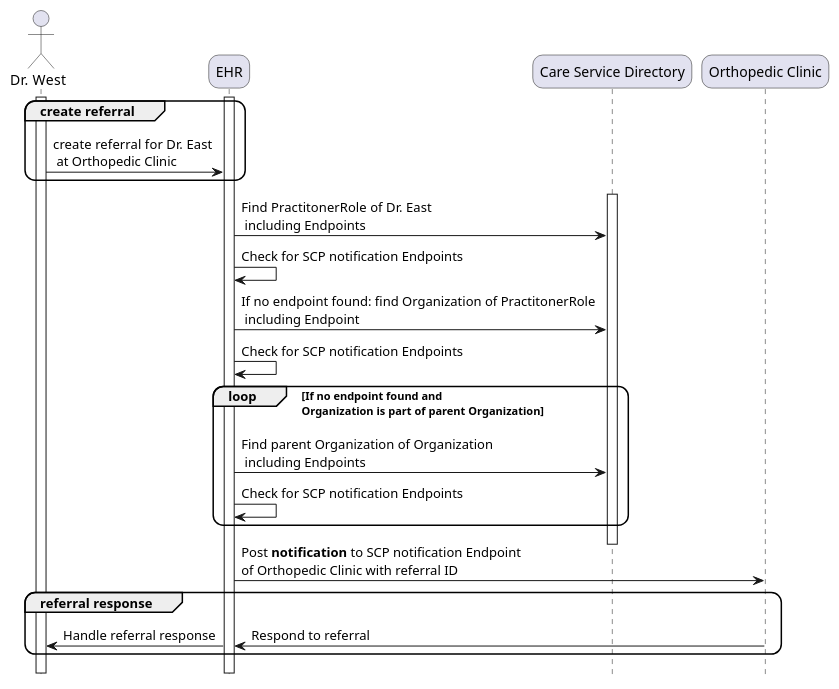
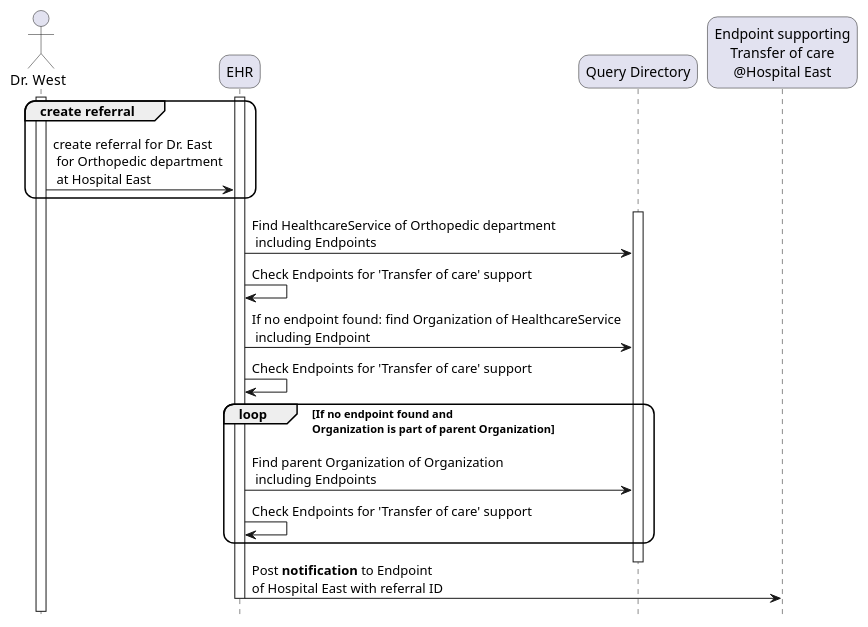
Before and after one commit to nuts-foundation/nl-generic-functions-ig: the diagram in input/images-source/care-services-use-case-2.plantuml, drawn with PlantUML. The commit also changed 31 other files, not shown here.

```diff
--- a/input/images-source/care-services-use-case-2.plantuml
+++ b/input/images-source/care-services-use-case-2.plantuml
@@ -1,38 +1,34 @@
 @startuml care-services-use-case-2
 
 skinparam roundcorner 20
 skinparam defaultFontName Arial 
 hide footbox
 
 !pragma teoz true
 
 actor  Doctor as "Dr. West"
 participant  EHR as "EHR"
-participant  CSD as "Care Service Directory"
-participant  EHR2 as "Orthopedic Clinic"
+participant  CSD as "Query Directory"
+participant  EHR2 as "Endpoint supporting\nTransfer of care\n@Hospital East"
 
 
 activate Doctor
 activate EHR
 group create referral 
- Doctor -> EHR: create referral for Dr. East\n at Orthopedic Clinic
+ Doctor -> EHR: create referral for Dr. East\n for Orthopedic department\n at Hospital East
 end
 activate CSD
-EHR -> CSD: Find PractitonerRole of Dr. East\n including Endpoints
-EHR -> EHR: Check for SCP notification Endpoints
-EHR -> CSD: If no endpoint found: find Organization of PractitonerRole\n including Endpoint
-EHR -> EHR: Check for SCP notification Endpoints
+EHR -> CSD: Find HealthcareService of Orthopedic department\n including Endpoints
+EHR -> EHR: Check Endpoints for 'Transfer of care' support
+EHR -> CSD: If no endpoint found: find Organization of HealthcareService\n including Endpoint
+EHR -> EHR: Check Endpoints for 'Transfer of care' support
 loop If no endpoint found and\nOrganization is part of parent Organization
     EHR -> CSD: Find parent Organization of Organization\n including Endpoints
-    EHR -> EHR: Check for SCP notification Endpoints
+    EHR -> EHR: Check Endpoints for 'Transfer of care' support
 end
 deactivate CSD
-EHR -> EHR2: Post **notification** to SCP notification Endpoint\nof Orthopedic Clinic with referral ID
-group referral response
- EHR2 -> EHR: Respond to referral
- & EHR -> Doctor: Handle referral response
-end
+EHR -> EHR2: Post **notification** to Endpoint\nof Hospital East with referral ID
 
 deactivate Doctor
 deactivate EHR
 @enduml
```
